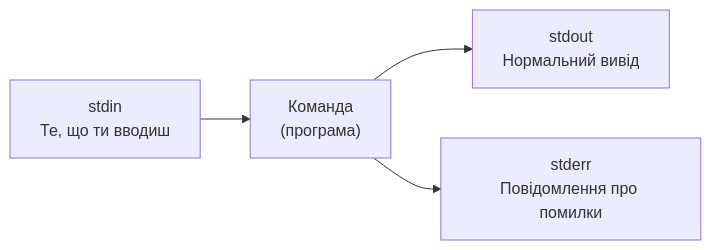
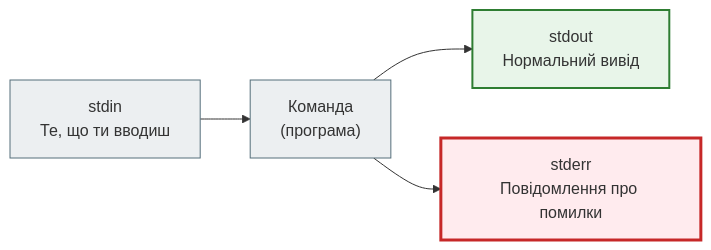
The diagram in docs/10_linux_and_devops/linux_02_terminal_and_shell_full.md (NikoriakViktot/notes_chat_app), drawn with Mermaid before and after one commit. The commit also changed 441 other files, not shown here.

First line of the commit message:
Add English version of the book, Mermaid standard, docs fixes

````diff
--- a/docs/10_linux_and_devops/linux_02_terminal_and_shell_full.md
+++ b/docs/10_linux_and_devops/linux_02_terminal_and_shell_full.md
@@ -140,6 +140,13 @@
 ```mermaid
 flowchart LR
-    Input["stdin\nТе, що ти вводиш"] --> Command["Команда\n(програма)"]
-    Command --> Output["stdout\nНормальний вивід"]
-    Command --> Errors["stderr\nПовідомлення про помилки"]
+    Input["stdin<br>Те, що ти вводиш"] --> Command["Команда<br>(програма)"]
+    Command --> Output["stdout<br>Нормальний вивід"]
+    Command --> Errors["stderr<br>Повідомлення про помилки"]
+
+    classDef step     fill:#eceff1,stroke:#546e7a,stroke-width:1px;
+    classDef success  fill:#e8f5e9,stroke:#2e7d32,stroke-width:2px;
+    classDef error    fill:#ffebee,stroke:#c62828,stroke-width:3px;
+    class Input,Command step;
+    class Output success;
+    class Errors error;
 ```
````
